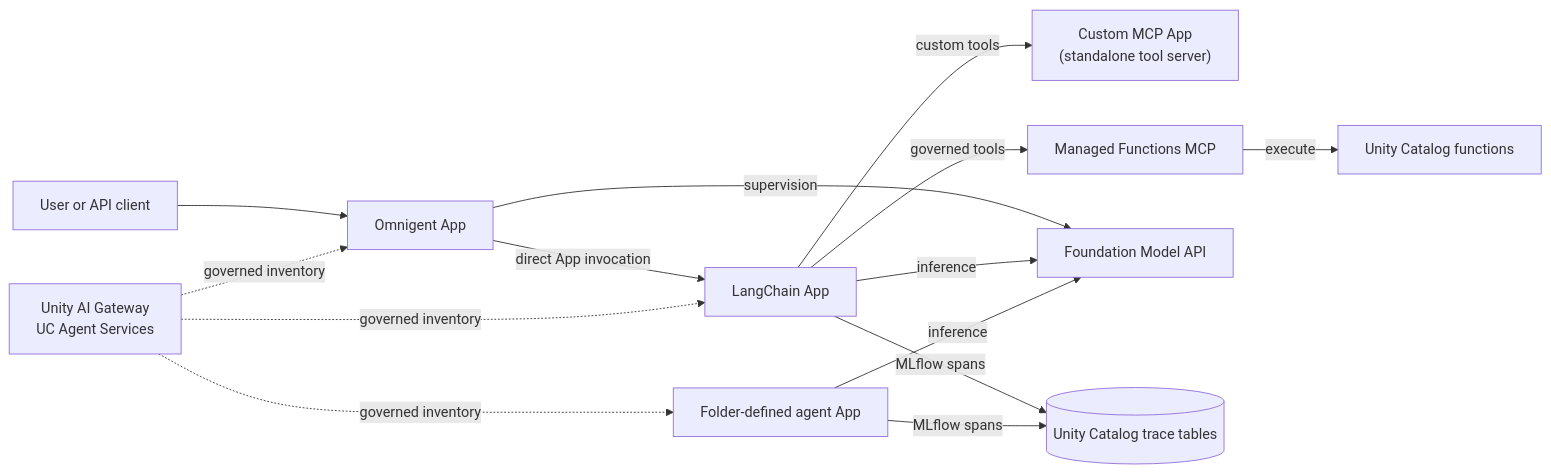
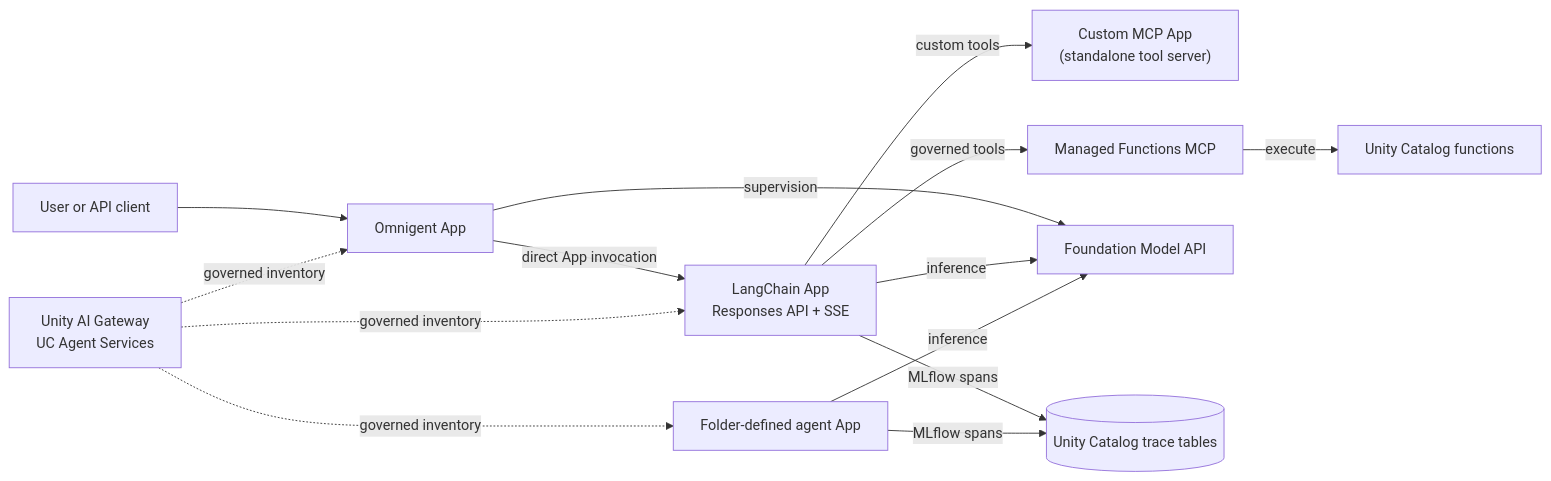
The diagram in docs/architecture/runtime-example.md (zacdav-db/databricks-agent-cicd-sandpit), drawn with Mermaid before and after one commit. The commit also changed other lines of this file and 24 other files, not shown here.

Commit message:
Add streaming Responses API to agent apps

````diff
--- a/docs/architecture/runtime-example.md
+++ b/docs/architecture/runtime-example.md
@@ -14,27 +14,27 @@
 ```mermaid
 flowchart LR
     User["User or API client"]
     Omni["Omnigent App"]
     MCP["Custom MCP App<br/>(standalone tool server)"]
-    Agent["LangChain App"]
+    Agent["LangChain App<br/>Responses API + SSE"]
     Generated["Folder-defined agent App"]
     Managed["Managed Functions MCP"]
     Functions["Unity Catalog functions"]
     Model["Foundation Model API"]
     Gateway["Unity AI Gateway<br/>UC Agent Services"]
     Traces[("Unity Catalog trace tables")]
 
     User --> Omni
     Omni -->|"direct App invocation"| Agent
     Agent -->|"custom tools"| MCP
     Agent -->|"governed tools"| Managed
     Managed -->|"execute"| Functions
     Omni -->|"supervision"| Model
     Agent -->|"inference"| Model
     Generated -->|"inference"| Model
     Agent -->|"MLflow spans"| Traces
     Generated -->|"MLflow spans"| Traces
     Gateway -. "governed inventory" .-> Agent
     Gateway -. "governed inventory" .-> Generated
     Gateway -. "governed inventory" .-> Omni
 ```
````
